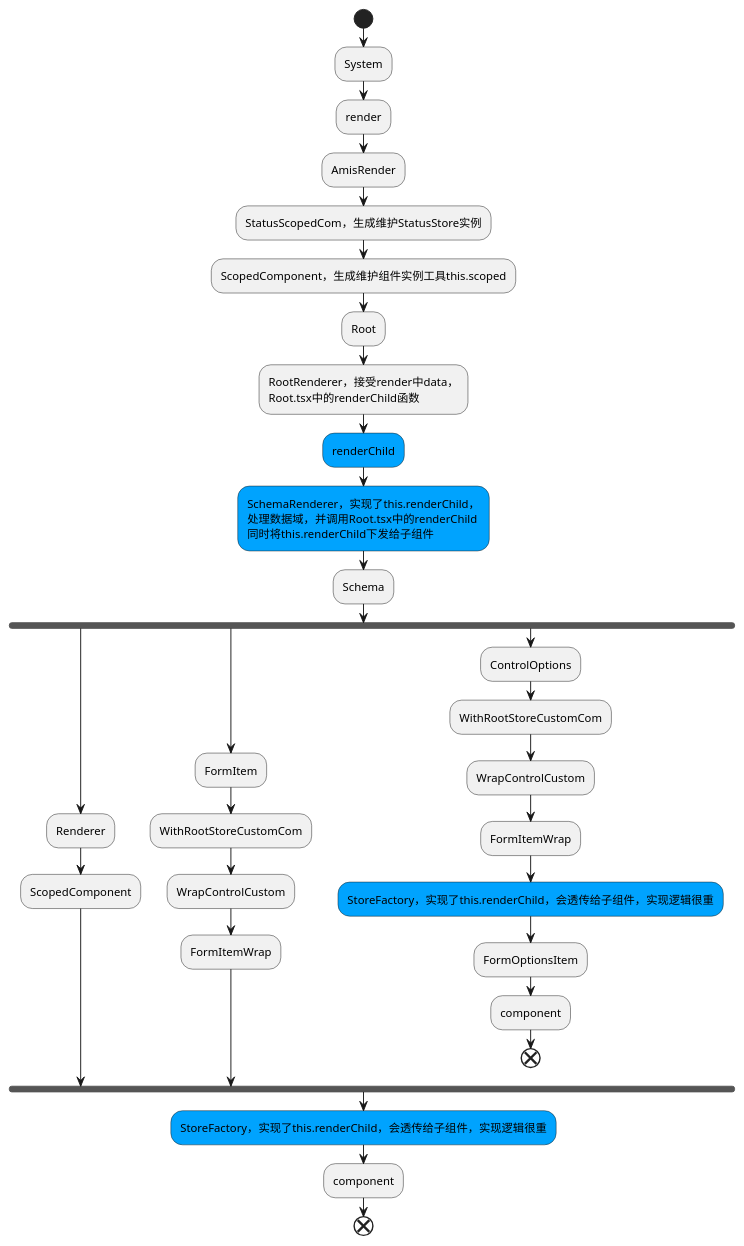
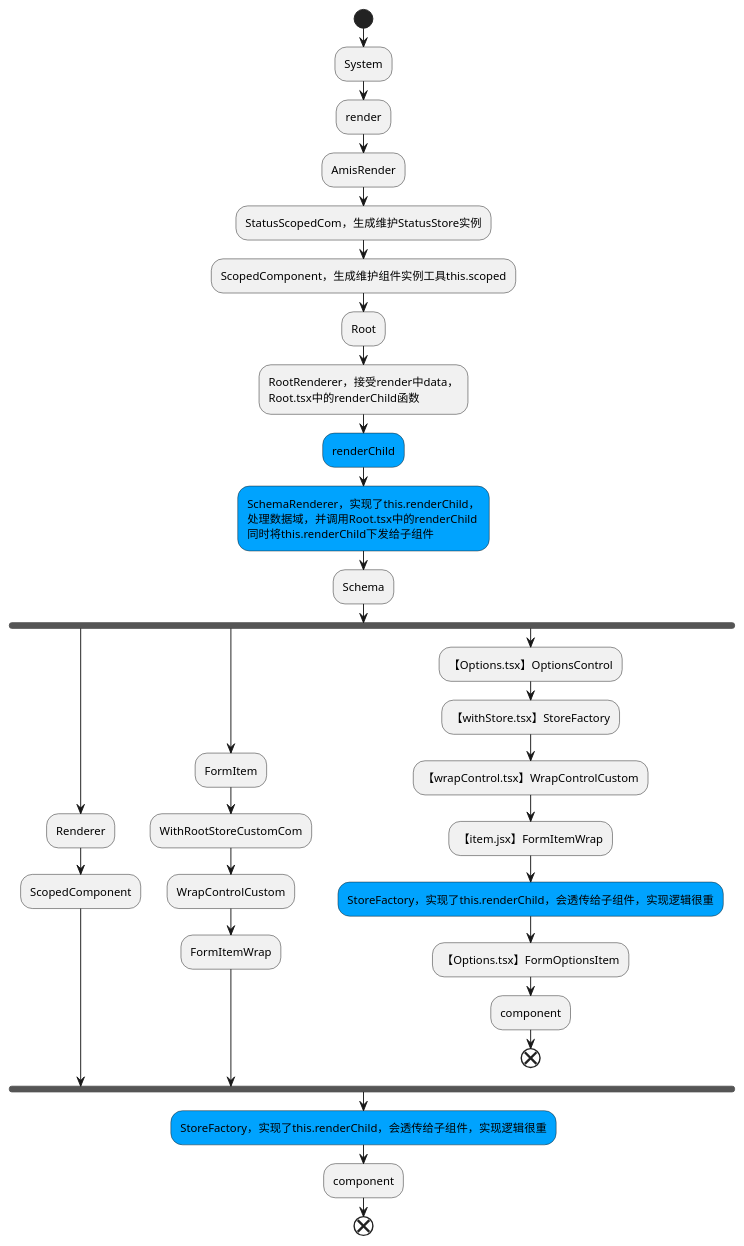
Before and after one commit to TigerWFH/webapp: the diagram in doc/专业知识/amis/all-flow.wsd, drawn with PlantUML.

Commit message:
docs: 更新渲染流程文案

```diff
--- a/doc/专业知识/amis/all-flow.wsd
+++ b/doc/专业知识/amis/all-flow.wsd
@@ -1,45 +1,45 @@
 @startuml 全量流程
 start
 :System;
 :render;
 :AmisRender;
 :StatusScopedCom，生成维护StatusStore实例;
 :ScopedComponent，生成维护组件实例工具this.scoped;
 :Root;
 :RootRenderer，接受render中data，\nRoot.tsx中的renderChild函数;
 #00a3fe:renderChild;
 #00a3fe:SchemaRenderer，实现了this.renderChild，\n处理数据域，并调用Root.tsx中的renderChild\n同时将this.renderChild下发给子组件;
 :Schema;
 fork
     :Renderer;
     :ScopedComponent;
     ' #00a3fe:StoreFactory;
     ' :component;
 fork again
     :FormItem;
     :WithRootStoreCustomCom;
     :WrapControlCustom;
     :FormItemWrap;
 fork again
-    :ControlOptions;
-    :WithRootStoreCustomCom;
-    :WrapControlCustom;
-    :FormItemWrap;
+    :【Options.tsx】OptionsControl;
+    :【withStore.tsx】StoreFactory;
+    :【wrapControl.tsx】WrapControlCustom;
+    :【item.jsx】FormItemWrap;
     #00a3fe:StoreFactory，实现了this.renderChild，会透传给子组件，实现逻辑很重;
-    :FormOptionsItem;
+    :【Options.tsx】FormOptionsItem;
     :component;
     end
 end fork
     #00a3fe:StoreFactory，实现了this.renderChild，会透传给子组件，实现逻辑很重;
     :component;
 end
 
 ' System --> render
 ' render --> AmisRender
 ' AmisRender --> StatusScopedCom : StatusScopedCom创建了StatusStore
 ' StatusScopedCom --> Root
 ' Root --> RootRenderer : RootRenderer接收data、render【本质是Root.jsx】的renderChild
 ' RootRenderer --> SchemaRender : 有自己的this.renderChild，会处理数据;调用【Root.jsx】的renderChild
 
 
 @enduml
```
